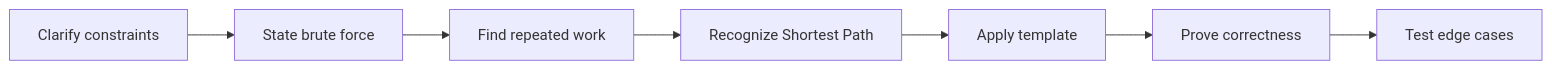
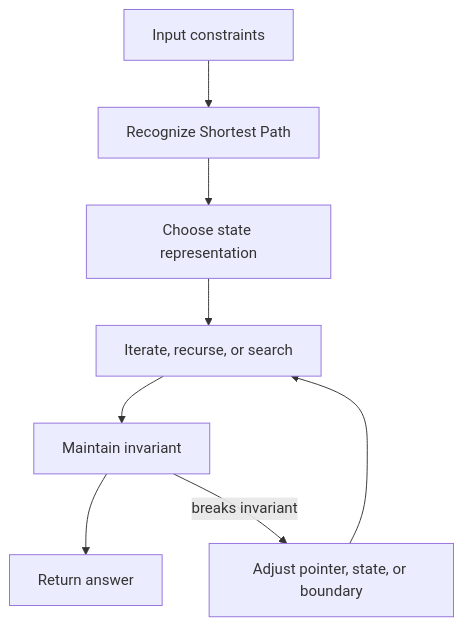
The second of 2 diagrams in coding-round/algorithms/shortest-path/index.md (abstractinterviews/abstractinterviews.github.io), drawn with Mermaid before and after one commit. The commit also changed other lines of this file and 278 other files, not shown here.

````diff
--- a/coding-round/algorithms/shortest-path/index.md
+++ b/coding-round/algorithms/shortest-path/index.md
@@ -123,9 +121,10 @@
-~~~mermaid
-flowchart LR
-    A["Clarify constraints"] --> B["State brute force"]
-    B --> C["Find repeated work"]
-    C --> D["Recognize Shortest Path"]
-    D --> E["Apply template"]
-    E --> F["Prove correctness"]
-    F --> G["Test edge cases"]
-~~~
+```mermaid
+flowchart TD
+    Input["Input constraints"] --> Pattern["Recognize Shortest Path"]
+    Pattern --> State["Choose state representation"]
+    State --> Iterate["Iterate, recurse, or search"]
+    Iterate --> Check["Maintain invariant"]
+    Check --> Result["Return answer"]
+    Check -->|breaks invariant| Fix["Adjust pointer, state, or boundary"]
+    Fix --> Iterate
+```
````
